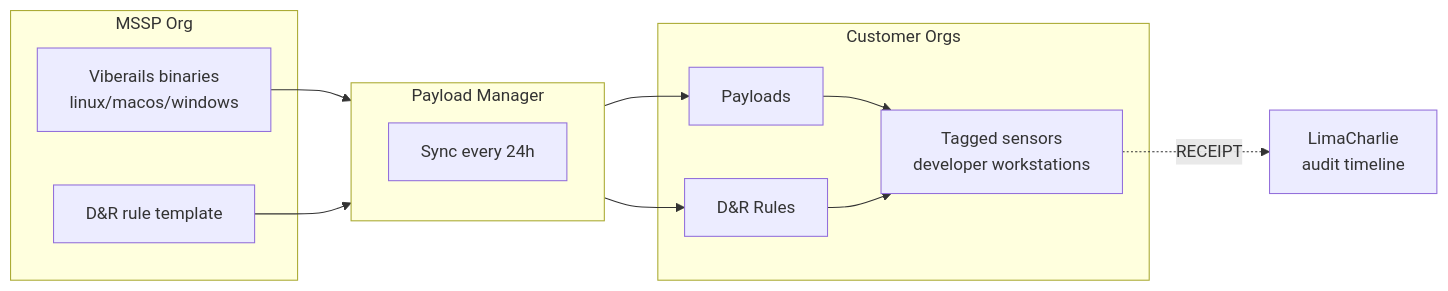
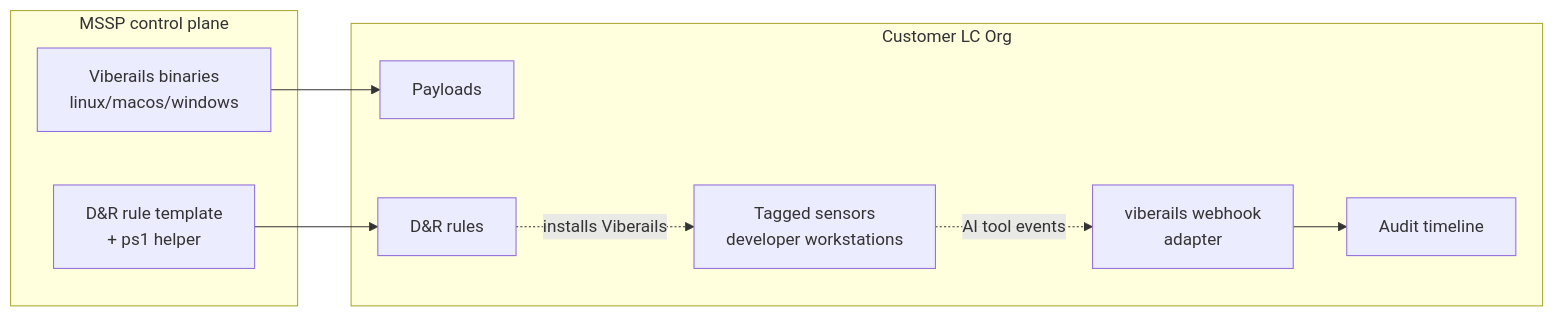
Before and after one commit to refractionPOINT/documentation: the diagram in docs/2-sensors-deployment/tutorials/viberails-mssp-deployment.md, drawn with Mermaid. The commit also changed other lines of this file, not shown here.

First line of the commit message:
docs(viberails-mssp): assume customer LC orgs already exist

````diff
--- a/docs/2-sensors-deployment/tutorials/viberails-mssp-deployment.md
+++ b/docs/2-sensors-deployment/tutorials/viberails-mssp-deployment.md
@@ -18,22 +18,19 @@
 ```mermaid
 flowchart LR
-    subgraph MSSP[MSSP Org]
+    subgraph MSSP[MSSP control plane]
         BIN[Viberails binaries<br/>linux/macos/windows]
-        TPL[D&R rule template]
+        TPL[D&R rule template<br/>+ ps1 helper]
     end
-    subgraph PM[Payload Manager]
-        SYNC[Sync every 24h]
+    subgraph CUST[Customer LC Org]
+        ADP[viberails webhook<br/>adapter]
+        P[Payloads]
+        R[D&R rules]
+        S[Tagged sensors<br/>developer workstations]
+        T[Audit timeline]
     end
-    subgraph CUST[Customer Orgs]
-        P1[Payloads]
-        R1[D&R Rules]
-        S1[Tagged sensors<br/>developer workstations]
-    end
-    BIN --> PM
-    TPL --> PM
-    PM --> P1
-    PM --> R1
-    P1 --> S1
-    R1 --> S1
-    S1 -.RECEIPT.-> Audit[LimaCharlie<br/>audit timeline]
+    BIN --> P
+    TPL --> R
+    R -.installs Viberails.-> S
+    S -.AI tool events.-> ADP
+    ADP --> T
 ```
````
